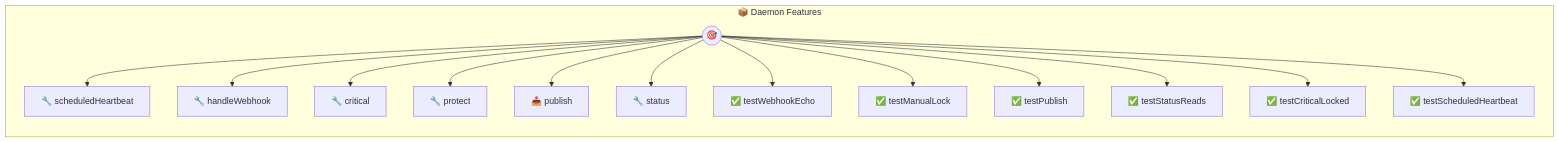
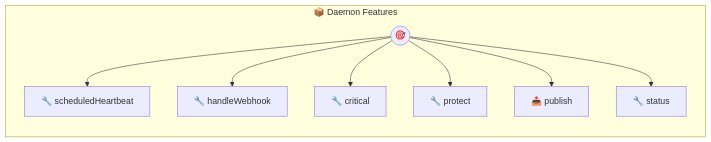
One commit to portel-dev/photons changed the diagram in daemon-features.md. Above: the diagram before and after it, drawn with Mermaid. The commit also changed other lines of this file and 34 other files, not shown here.

````diff
--- a/daemon-features.md
+++ b/daemon-features.md
@@ -179,31 +113,19 @@
 ```mermaid
 flowchart LR
     subgraph daemon_features["📦 Daemon Features"]
         direction TB
         PHOTON((🎯))
         T0[🔧 scheduledHeartbeat]
         PHOTON --> T0
         T1[🔧 handleWebhook]
         PHOTON --> T1
         T2[🔧 critical]
         PHOTON --> T2
         T3[🔧 protect]
         PHOTON --> T3
         T4[📤 publish]
         PHOTON --> T4
         T5[🔧 status]
         PHOTON --> T5
-        T6[✅ testWebhookEcho]
-        PHOTON --> T6
-        T7[✅ testManualLock]
-        PHOTON --> T7
-        T8[✅ testPublish]
-        PHOTON --> T8
-        T9[✅ testStatusReads]
-        PHOTON --> T9
-        T10[✅ testCriticalLocked]
-        PHOTON --> T10
-        T11[✅ testScheduledHeartbeat]
-        PHOTON --> T11
     end
 ```
````
